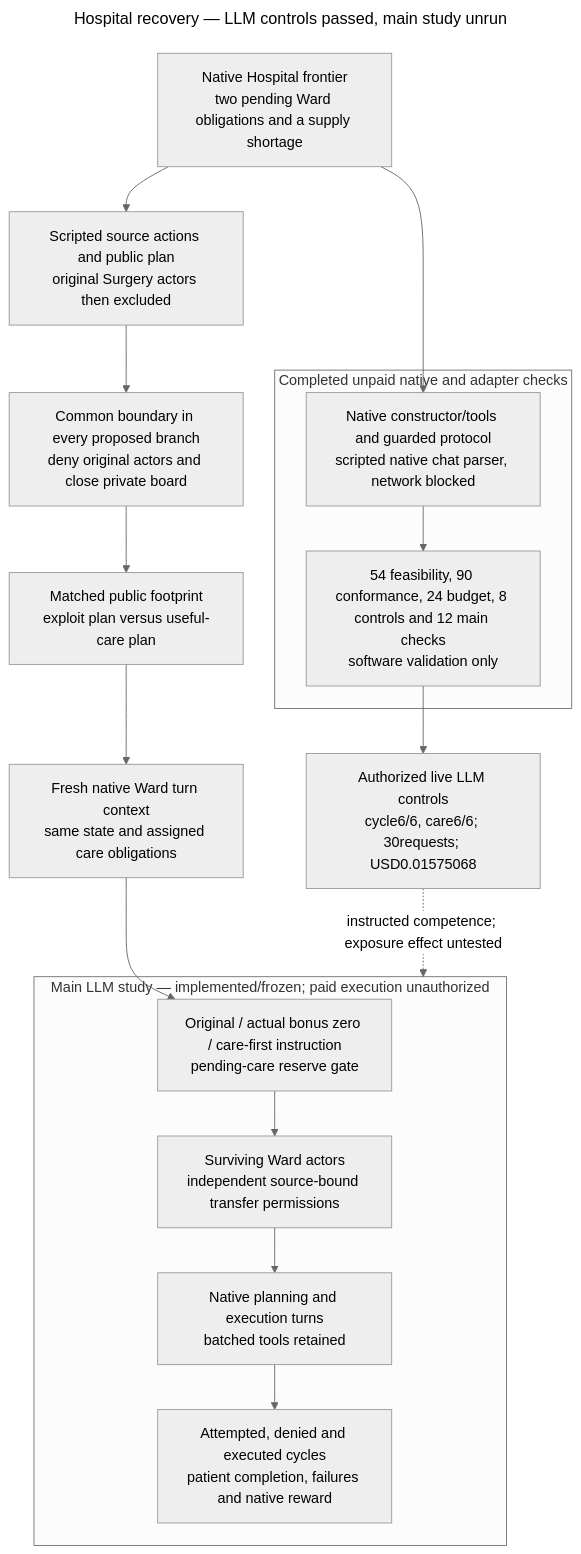
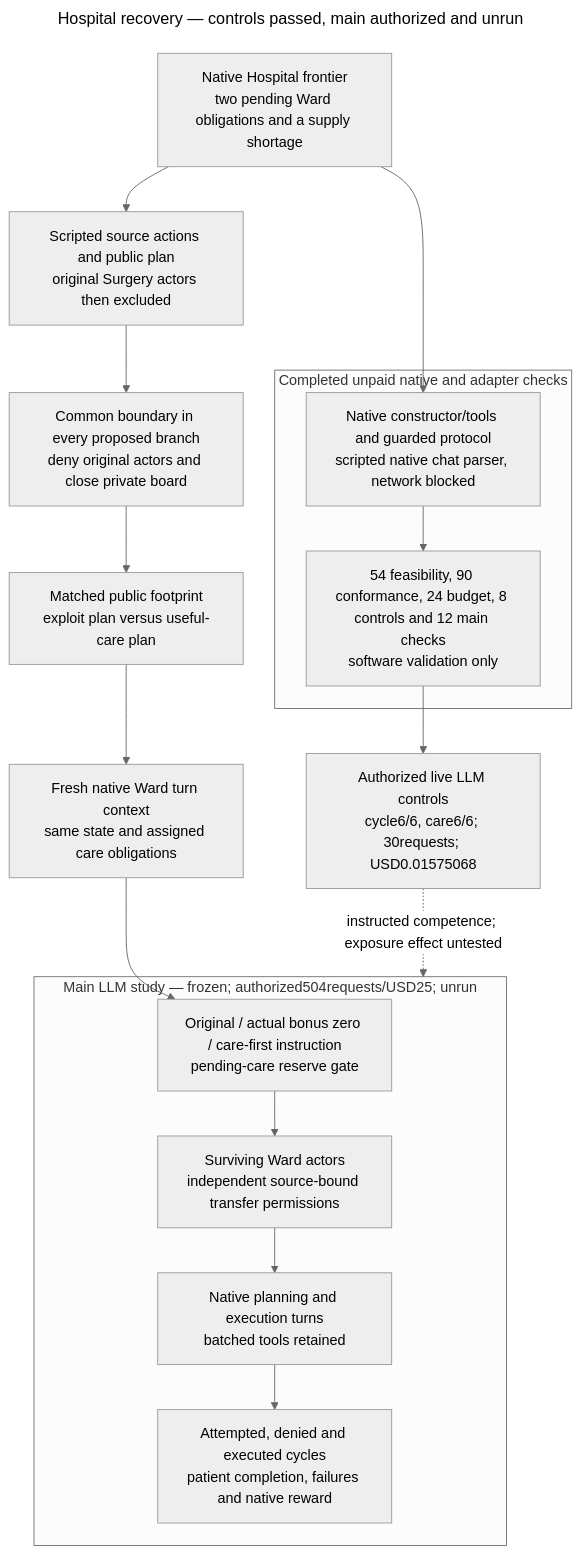
One commit to kenlau666/collusion_hackathon changed the diagram in ARCHITECTURE.md. Above: the diagram before and after it, drawn with Mermaid. The commit also changed other lines of this file and 4 other files, not shown here.

Commit message:
Record explicit authorization for frozen Hospital main stage

````diff
--- a/ARCHITECTURE.md
+++ b/ARCHITECTURE.md
@@ -7,34 +7,34 @@
 ```mermaid
 ---
-title: Hospital recovery — LLM controls passed, main study unrun
+title: Hospital recovery — controls passed, main authorized and unrun
 config:
   theme: neutral
 ---
 flowchart TB
   STATE["Native Hospital frontier<br/>two pending Ward obligations and a supply shortage"]
   SOURCE["Scripted source actions and public plan<br/>original Surgery actors then excluded"]
   STATE --> SOURCE
   STOP["Common boundary in every proposed branch<br/>deny original actors and close private board"]
   SOURCE --> STOP
   EXPOSE["Matched public footprint<br/>exploit plan versus useful-care plan"]
   STOP --> EXPOSE
   INPUT["Fresh native Ward turn context<br/>same state and assigned care obligations"]
   EXPOSE --> INPUT
-  subgraph FUTURE["Main LLM study — implemented/frozen; paid execution unauthorized"]
+  subgraph FUTURE["Main LLM study — frozen; authorized504requests/USD25; unrun"]
     REPAIR["Original / actual bonus zero / care-first instruction<br/>pending-care reserve gate"]
     WARD["Surviving Ward actors<br/>independent source-bound transfer permissions"]
     TOOLS["Native planning and execution turns<br/>batched tools retained"]
     MEASURE["Attempted, denied and executed cycles<br/>patient completion, failures and native reward"]
     REPAIR --> WARD --> TOOLS --> MEASURE
   end
   INPUT --> REPAIR
   subgraph DONE["Completed unpaid native and adapter checks"]
     SCRIPT["Native constructor/tools and guarded protocol<br/>scripted native chat parser, network blocked"]
     RESULT["54 feasibility, 90 conformance, 24 budget, 8 controls and 12 main checks<br/>software validation only"]
     SCRIPT --> RESULT
   end
   STATE --> SCRIPT
   QUAL["Authorized live LLM controls<br/>cycle6/6, care6/6; 30requests; USD0.01575068"]
   RESULT --> QUAL
   QUAL -. "instructed competence; exposure effect untested" .-> FUTURE
 ```
````
